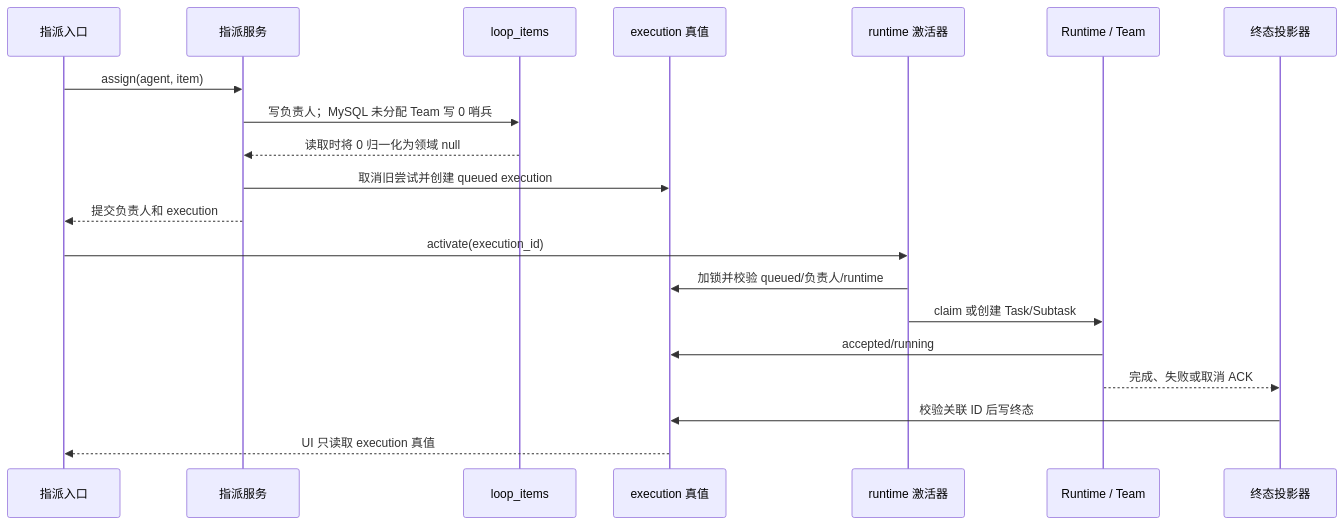
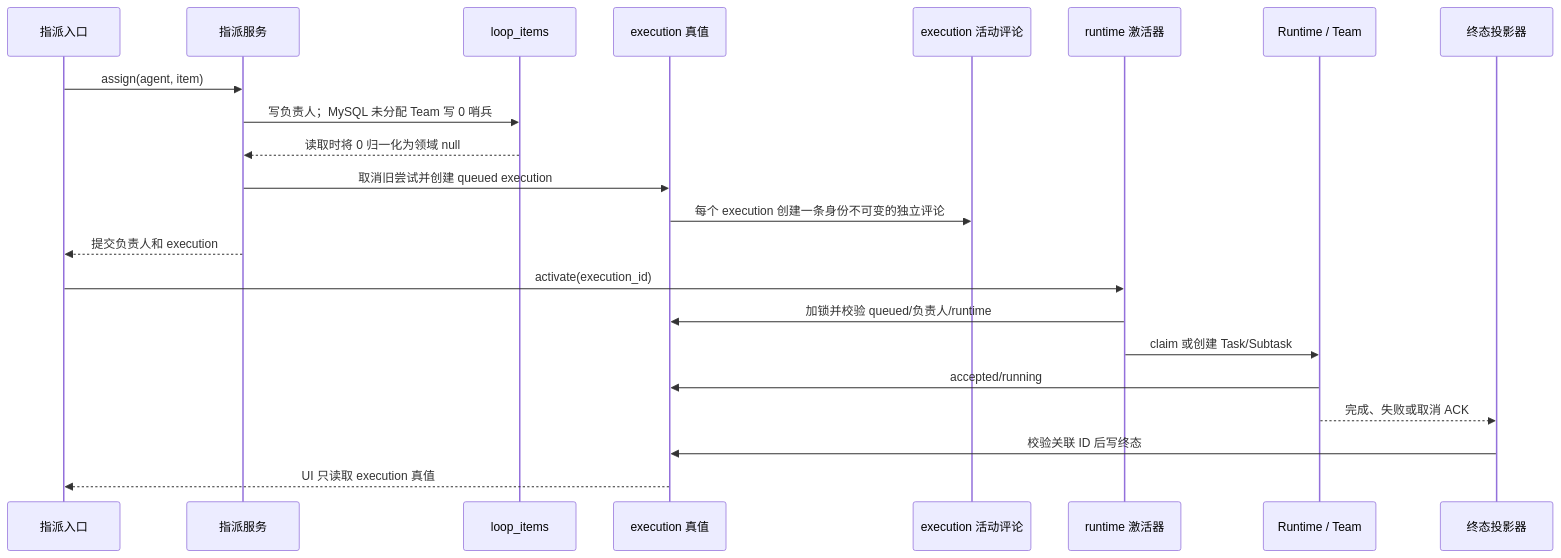
Before and after one commit to wecode-ai/Wegent: the second of 2 diagrams in docs/zh/architecture/board-automation.md, drawn with Mermaid. The commit also changed other lines of this file and 23 other files, not shown here.

````diff
--- a/docs/zh/architecture/board-automation.md
+++ b/docs/zh/architecture/board-automation.md
@@ -28,23 +30,25 @@
 ```mermaid
 sequenceDiagram
     participant E as 指派入口
     participant A as 指派服务
     participant I as loop_items
     participant X as execution 真值
+    participant C as execution 活动评论
     participant R as runtime 激活器
     participant T as Runtime / Team
     participant P as 终态投影器
 
     E->>A: assign(agent, item)
     A->>I: 写负责人；MySQL 未分配 Team 写 0 哨兵
     I-->>A: 读取时将 0 归一化为领域 null
     A->>X: 取消旧尝试并创建 queued execution
+    X->>C: 每个 execution 创建一条身份不可变的独立评论
     A-->>E: 提交负责人和 execution
     E->>R: activate(execution_id)
     R->>X: 加锁并校验 queued/负责人/runtime
     R->>T: claim 或创建 Task/Subtask
     T->>X: accepted/running
     T-->>P: 完成、失败或取消 ACK
     P->>X: 校验关联 ID 后写终态
     X-->>E: UI 只读取 execution 真值
 ```
````
